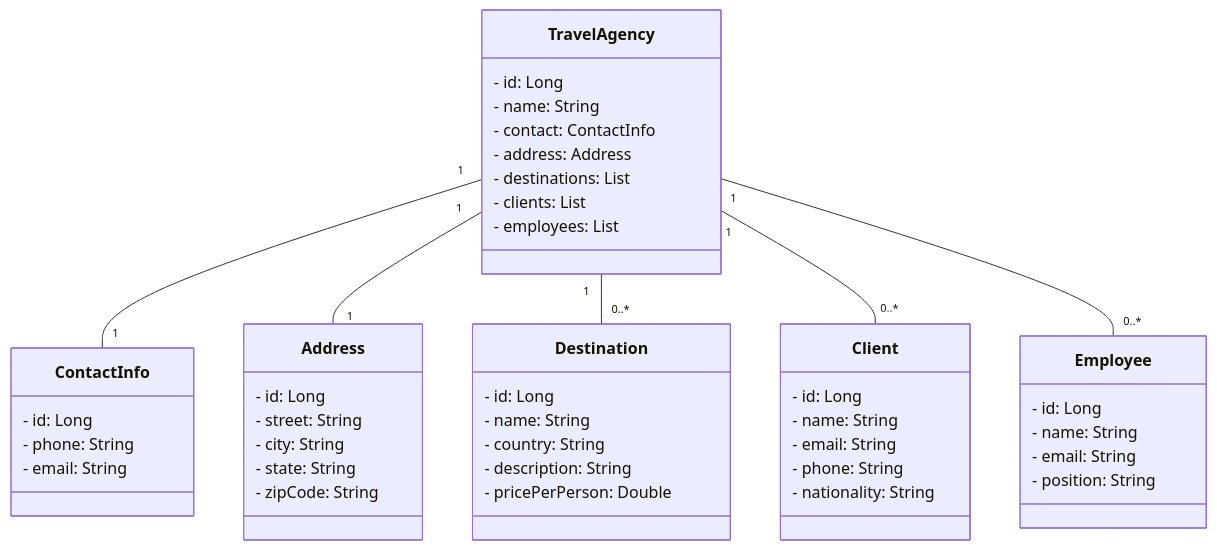
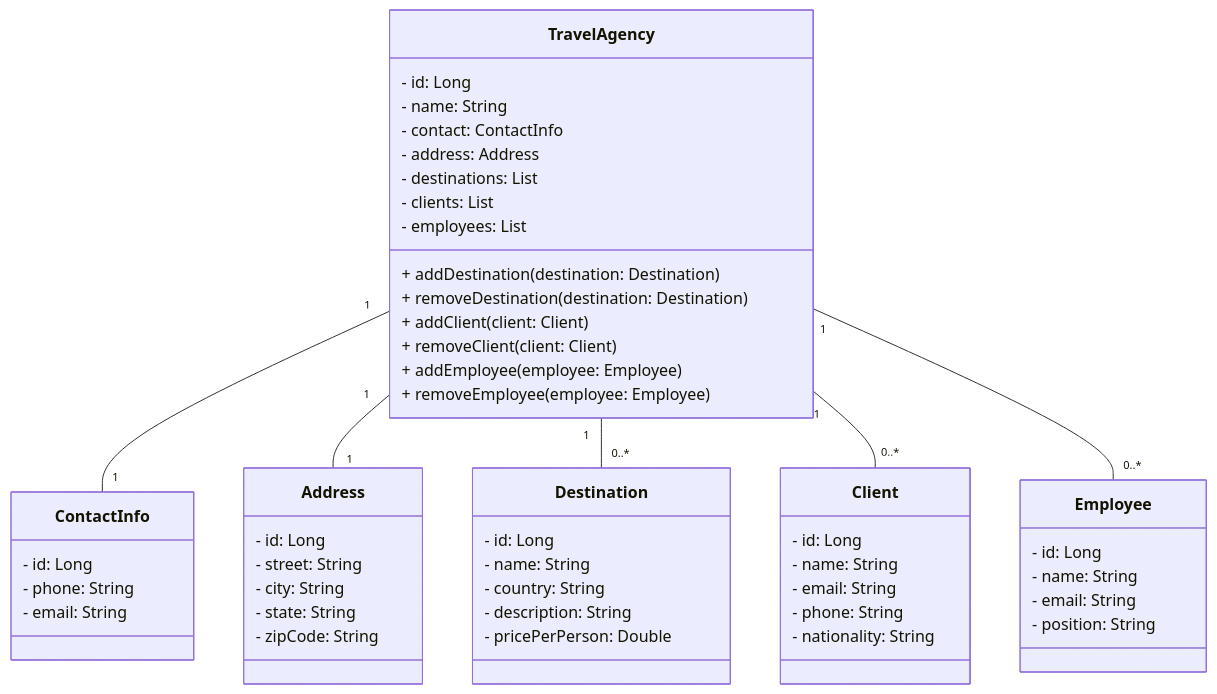
The diagram in README.md (Edurequia/travel-agency), drawn with Mermaid before and after one commit.

````diff
--- a/README.md
+++ b/README.md
@@ -3,56 +3,62 @@
 ``` mermaid
 classDiagram
   class TravelAgency {
     - id: Long
     - name: String
     - contact: ContactInfo
     - address: Address
     - destinations: List<Destination>
     - clients: List<Client>
     - employees: List<Employee>
+    + addDestination(destination: Destination)
+    + removeDestination(destination: Destination)
+    + addClient(client: Client)
+    + removeClient(client: Client)
+    + addEmployee(employee: Employee)
+    + removeEmployee(employee: Employee)
   }
 
   class ContactInfo {
     - id: Long
     - phone: String
     - email: String
   }
 
   class Address {
     - id: Long
     - street: String
     - city: String
     - state: String
     - zipCode: String
   }
 
   class Destination {
     - id: Long
     - name: String
     - country: String
     - description: String
     - pricePerPerson: Double
   }
 
   class Client {
     - id: Long
     - name: String
     - email: String
     - phone: String
     - nationality: String
   }
 
   class Employee {
     - id: Long
     - name: String
     - email: String
     - position: String
   }
 
   TravelAgency "1" -- "1" ContactInfo
   TravelAgency "1" -- "1" Address
   TravelAgency "1" -- "0..*" Destination
   TravelAgency "1" -- "0..*" Client
   TravelAgency "1" -- "0..*" Employee
 
 ``` 
````
